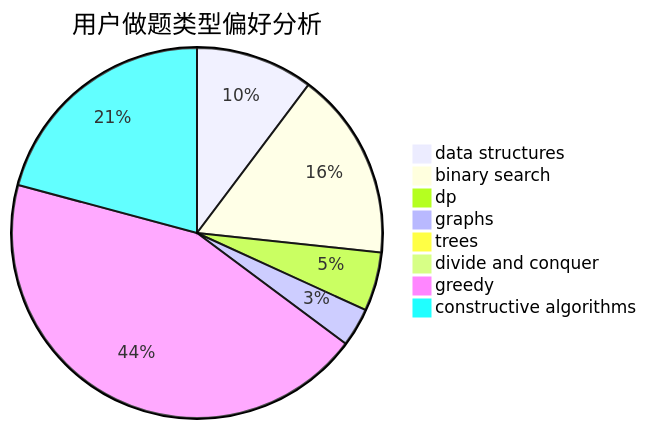
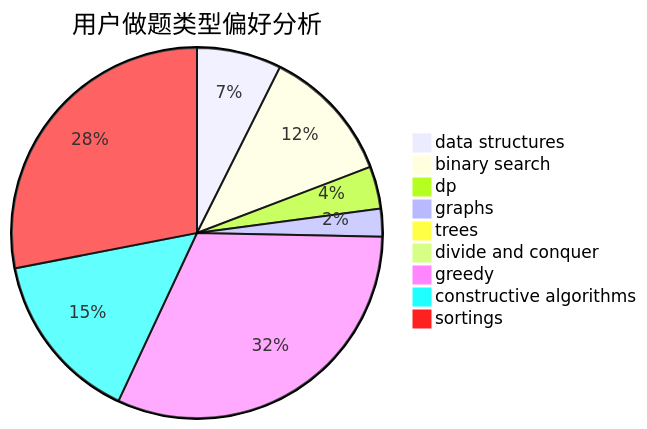
The second of 3 diagrams in docs/user/u353.md (sherpahu/cfrs.github.io), drawn with Mermaid before and after one commit. The commit also changed other lines of this file and 2769 other files, not shown here.

````diff
--- a/docs/user/u353.md
+++ b/docs/user/u353.md
@@ -23,11 +18,12 @@
 ```mermaid
 pie title 用户做题类型偏好分析
     "data structures" :  70
     "binary search" :  112
     "dp" :  35
     "graphs" :  23
     "trees" :  2
     "divide and conquer" :  0
     "greedy" :  300
     "constructive algorithms" :  142
+    "sortings" :  266
 ```
````
